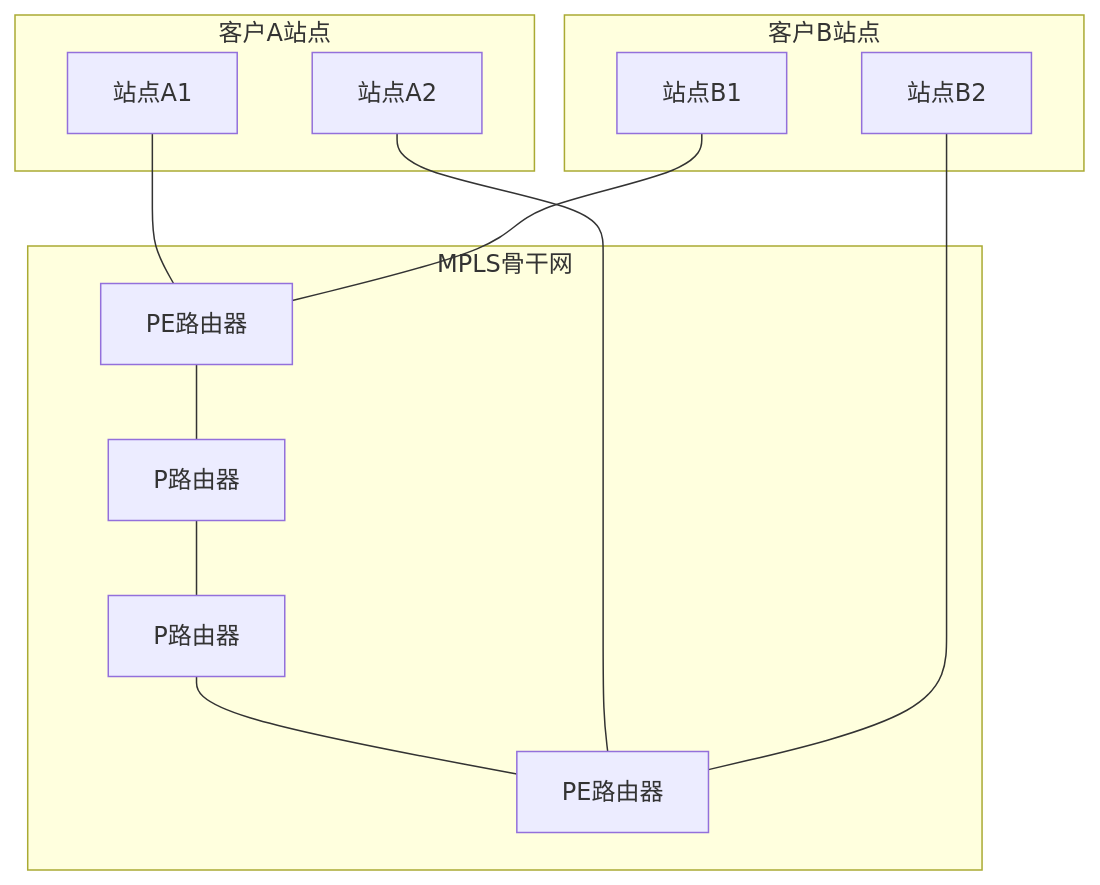
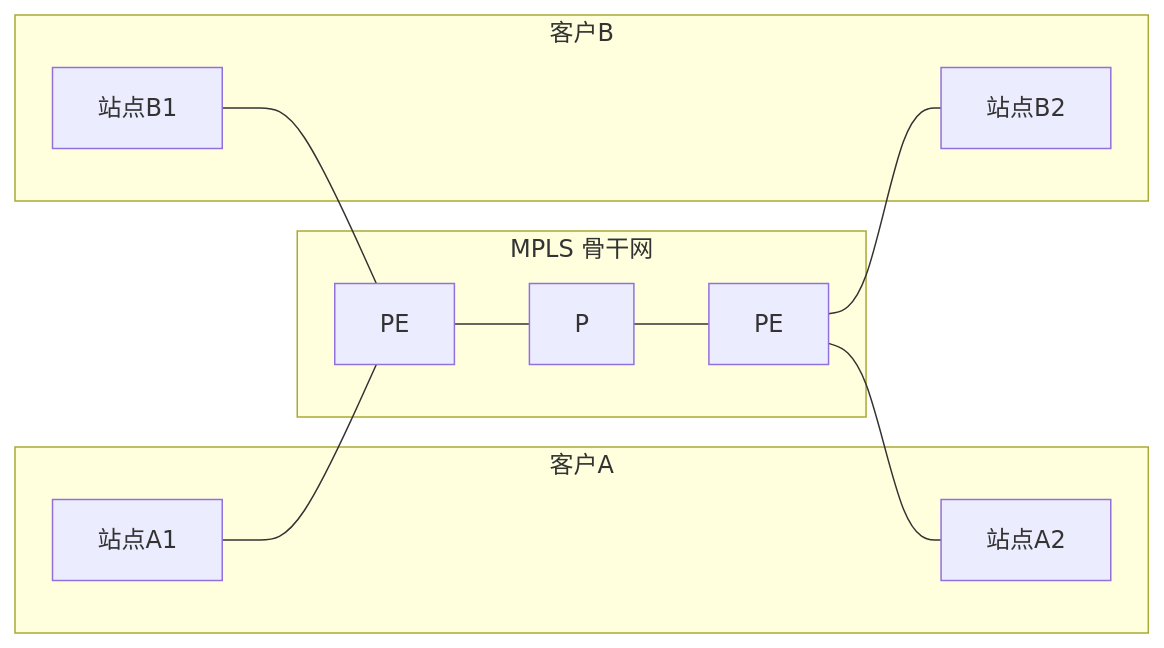
Before and after one commit to Dtheme/CS-base: the second of 2 diagrams in 计算机网络/6.5链路层：链路虚拟化.md, drawn with Mermaid. The commit also changed other lines of this file and 51 other files, not shown here.

````diff
--- a/计算机网络/6.5链路层：链路虚拟化.md
+++ b/计算机网络/6.5链路层：链路虚拟化.md
@@ -155,28 +146,21 @@
 ```mermaid
-graph TB
-    subgraph "客户A站点"
-        SiteA1["站点A1"]
-        SiteA2["站点A2"]
+graph LR
+    subgraph 客户A
+        A1[站点A1]
+        A2[站点A2]
     end
-    
-    subgraph "MPLS骨干网"
-        PE1["PE路由器"]
-        P1["P路由器"]
-        P2["P路由器"]
-        PE2["PE路由器"]
-        
-        PE1 --- P1
-        P1 --- P2
-        P2 --- PE2
+    subgraph MPLS 骨干网
+        PE1[PE]
+        P[P]
+        PE2[PE]
+        PE1 --- P --- PE2
     end
-    
-    subgraph "客户B站点"
-        SiteB1["站点B1"] 
-        SiteB2["站点B2"]
+    subgraph 客户B
+        B1[站点B1]
+        B2[站点B2]
     end
-    
-    SiteA1 --- PE1
-    SiteA2 --- PE2
-    SiteB1 --- PE1
-    SiteB2 --- PE2
+    A1 --- PE1
+    B1 --- PE1
+    PE2 --- A2
+    PE2 --- B2
 ```
````
